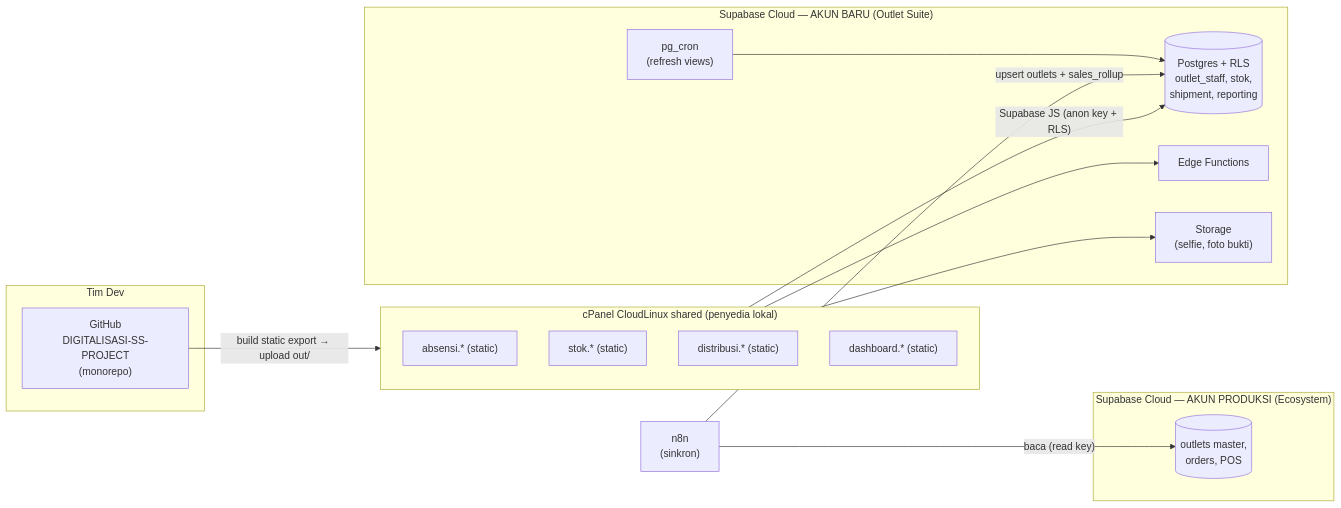
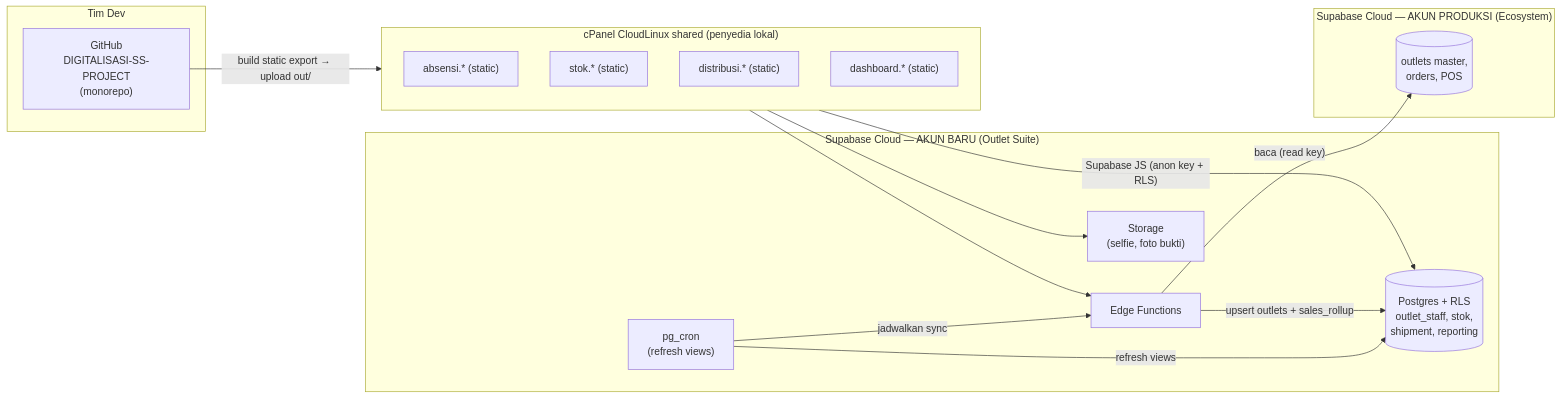
The second of 6 diagrams in docs/ARCHITECTURE.md (dev-sukashawarma/DIGITALISASI-SS-PROJECT), drawn with Mermaid before and after one commit. The commit also changed other lines of this file and 10 other files, not shown here.

First line of the commit message:
refactor(docs): sinkron data pakai Edge Function + pg_cron, bukan n8n (ADR-006)

````diff
--- a/docs/ARCHITECTURE.md
+++ b/docs/ARCHITECTURE.md
@@ -51,34 +51,33 @@
 ```mermaid
 flowchart LR
     subgraph DEV["Tim Dev"]
         gh["GitHub<br/>DIGITALISASI-SS-PROJECT<br/>(monorepo)"]
     end
 
     subgraph HOST["cPanel CloudLinux shared (penyedia lokal)"]
         a1["absensi.* (static)"]
         a2["stok.* (static)"]
         a3["distribusi.* (static)"]
         a4["dashboard.* (static)"]
     end
 
     subgraph SB_NEW["Supabase Cloud — AKUN BARU (Outlet Suite)"]
         db1[("Postgres + RLS<br/>outlet_staff, stok,<br/>shipment, reporting")]
         ef1["Edge Functions"]
         st1["Storage<br/>(selfie, foto bukti)"]
         cron1["pg_cron<br/>(refresh views)"]
     end
 
     subgraph SB_OLD["Supabase Cloud — AKUN PRODUKSI (Ecosystem)"]
         db0[("outlets master,<br/>orders, POS")]
     end
 
-    n8n["n8n<br/>(sinkron)"]
-
     gh -->|"build static export → upload out/"| HOST
     HOST -->|"Supabase JS (anon key + RLS)"| db1
     HOST --> ef1
     HOST --> st1
-    cron1 --> db1
-    n8n -->|"baca (read key)"| db0
-    n8n -->|"upsert outlets + sales_rollup"| db1
+    cron1 -->|"refresh views"| db1
+    cron1 -->|"jadwalkan sync"| ef1
+    ef1 -->|"baca (read key)"| db0
+    ef1 -->|"upsert outlets + sales_rollup"| db1
 ```
````
